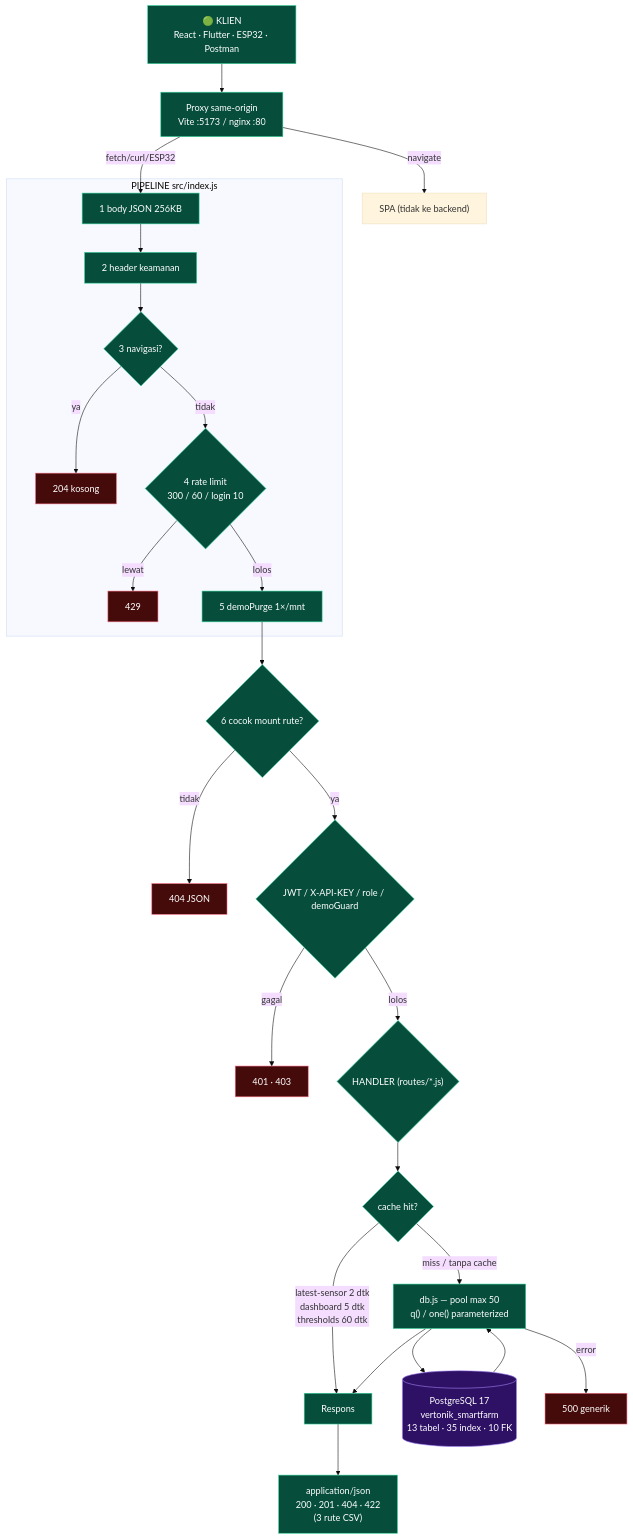
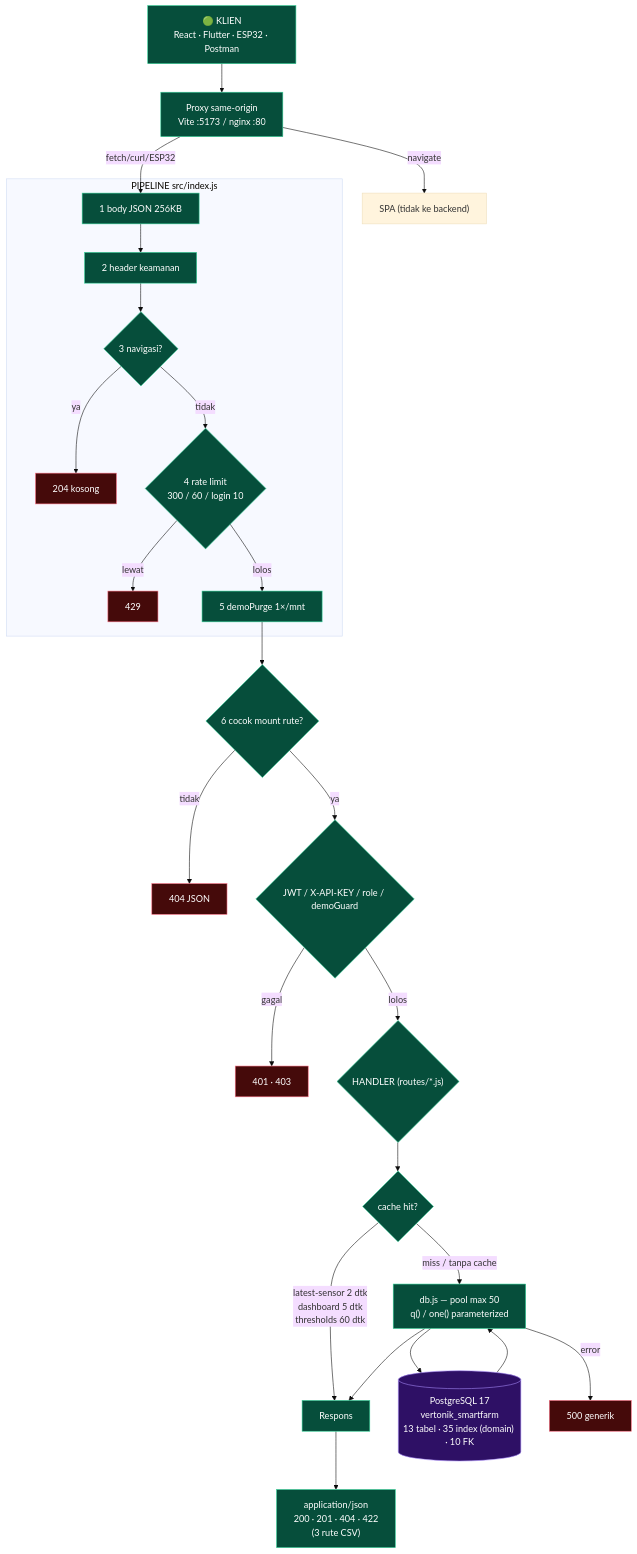
Before and after one commit to EoxikBlaze/greenhouse_arutmin_frontend: the first of 4 diagrams in docs/JALUR_BACKEND_DAN_DB.md, drawn with Mermaid (base theme). The commit also changed other lines of this file and 1 other file, not shown here.

Commit message:
docs: angka index 35 (domain)/50 total + perintah hitung FK difilter 13 tabel domain

````diff
--- a/docs/JALUR_BACKEND_DAN_DB.md
+++ b/docs/JALUR_BACKEND_DAN_DB.md
@@ -13,39 +13,39 @@
 ```mermaid
 flowchart TD
     A["🟢 KLIEN<br/>React · Flutter · ESP32 · Postman"] --> B["Proxy same-origin<br/>Vite :5173 / nginx :80"]
     B -->|navigate| SPA["SPA (tidak ke backend)"]
     B -->|fetch/curl/ESP32| P1
 
     subgraph PIPE ["PIPELINE src/index.js"]
         P1["1 body JSON 256KB"] --> P2["2 header keamanan"]
         P2 --> P3{"3 navigasi?"}
         P3 -->|ya| P204["204 kosong"]
         P3 -->|tidak| P4{"4 rate limit<br/>300 / 60 / login 10"}
         P4 -->|lewat| P429["429"]
         P4 -->|lolos| P5["5 demoPurge 1×/mnt"]
     end
 
     P5 --> M{"6 cocok mount rute?"}
     M -->|tidak| E404["404 JSON"]
     M -->|ya| G{"JWT / X-API-KEY / role / demoGuard"}
     G -->|gagal| ERR["401 · 403"]
     G -->|lolos| H{"HANDLER (routes/*.js)"}
 
     H --> C{"cache hit?"}
     C -->|"latest-sensor 2 dtk<br/>dashboard 5 dtk<br/>thresholds 60 dtk"| RESP
     C -->|"miss / tanpa cache"| Q["db.js — pool max 50<br/>q() / one() parameterized"]
 
-    Q --> DB[("PostgreSQL 17<br/>vertonik_smartfarm<br/>13 tabel · 35 index · 10 FK")]
+    Q --> DB[("PostgreSQL 17<br/>vertonik_smartfarm<br/>13 tabel · 35 index (domain) · 10 FK")]
     DB --> Q
     Q --> RESP
     Q -->|error| E500["500 generik"]
 
     RESP["Respons"] --> OUT["application/json<br/>200 · 201 · 404 · 422<br/>(3 rute CSV)"]
 
     classDef err fill:#450a0a,stroke:#fb7185,color:#fff
     classDef db fill:#2e1065,stroke:#a78bfa,color:#fff
     classDef ok fill:#064e3b,stroke:#34d399,color:#fff
     class P204,P429,E404,ERR,E500 err
     class DB db
     class A,B,P1,P2,P3,P4,P5,M,G,H,C,Q,RESP,OUT ok
 ```
````
